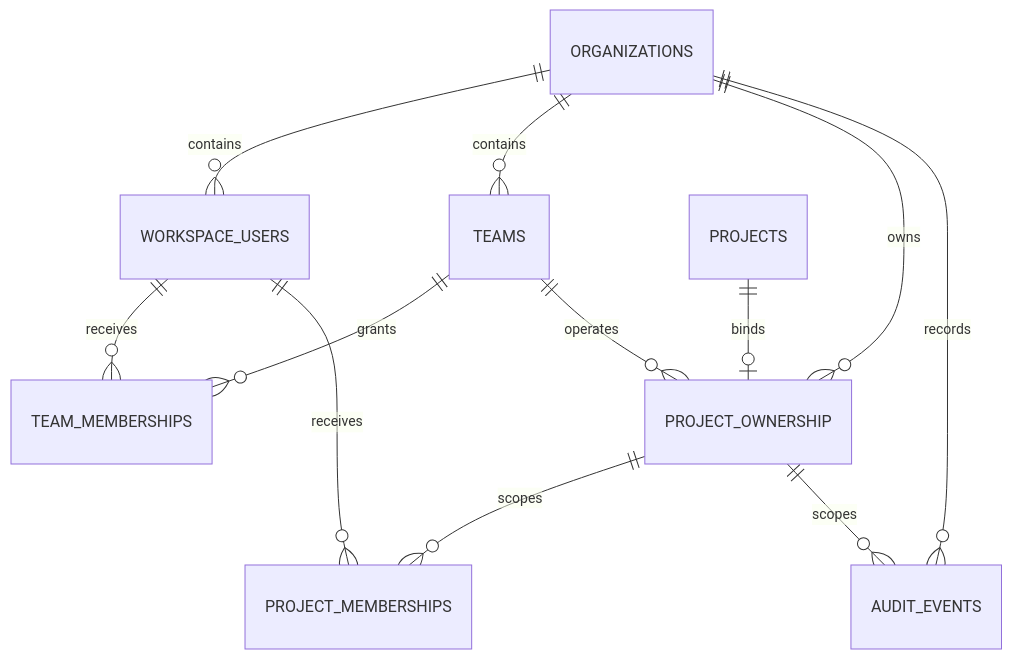
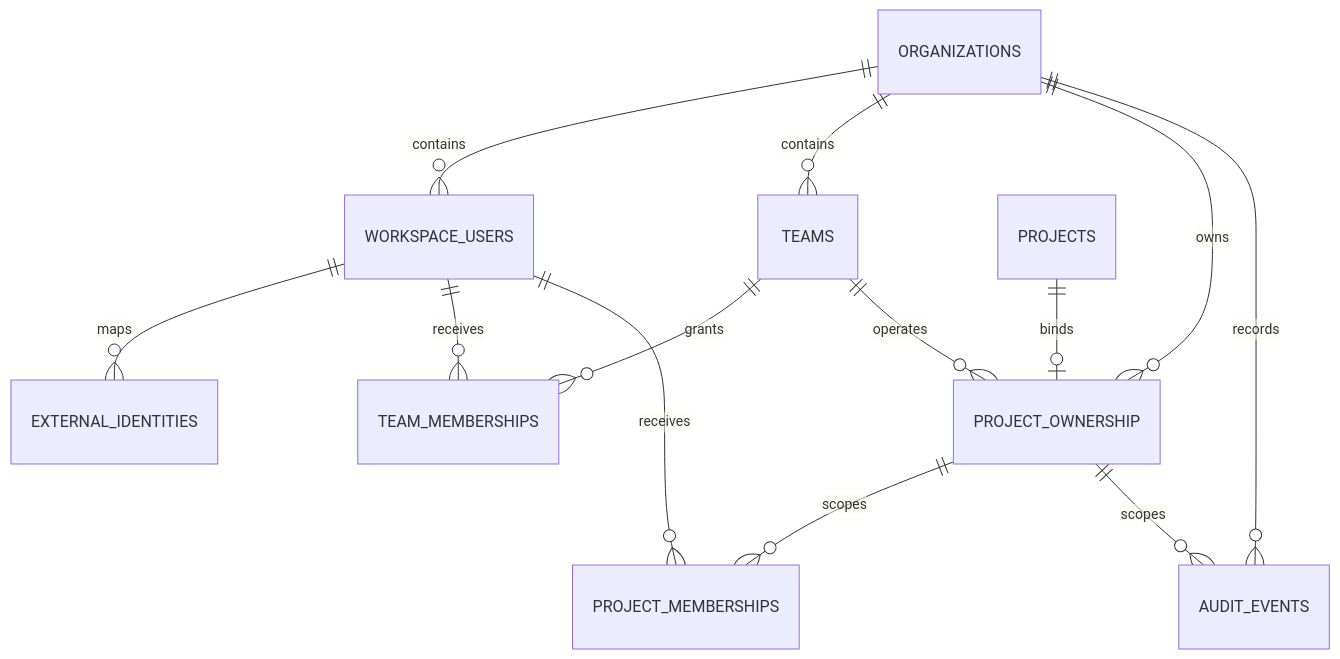
The diagram in docs/architecture/knowledge-agent-m7.md (PuPuSama/Work-Station), drawn with Mermaid before and after one commit. The commit also changed other lines of this file and 10 other files, not shown here.

````diff
--- a/docs/architecture/knowledge-agent-m7.md
+++ b/docs/architecture/knowledge-agent-m7.md
@@ -92,14 +96,15 @@
 ```mermaid
 erDiagram
     ORGANIZATIONS ||--o{ WORKSPACE_USERS : contains
+    WORKSPACE_USERS ||--o{ EXTERNAL_IDENTITIES : maps
     ORGANIZATIONS ||--o{ TEAMS : contains
     WORKSPACE_USERS ||--o{ TEAM_MEMBERSHIPS : receives
     TEAMS ||--o{ TEAM_MEMBERSHIPS : grants
     PROJECTS ||--o| PROJECT_OWNERSHIP : binds
     ORGANIZATIONS ||--o{ PROJECT_OWNERSHIP : owns
     TEAMS ||--o{ PROJECT_OWNERSHIP : operates
     PROJECT_OWNERSHIP ||--o{ PROJECT_MEMBERSHIPS : scopes
     WORKSPACE_USERS ||--o{ PROJECT_MEMBERSHIPS : receives
     ORGANIZATIONS ||--o{ AUDIT_EVENTS : records
     PROJECT_OWNERSHIP ||--o{ AUDIT_EVENTS : scopes
 ```
````
